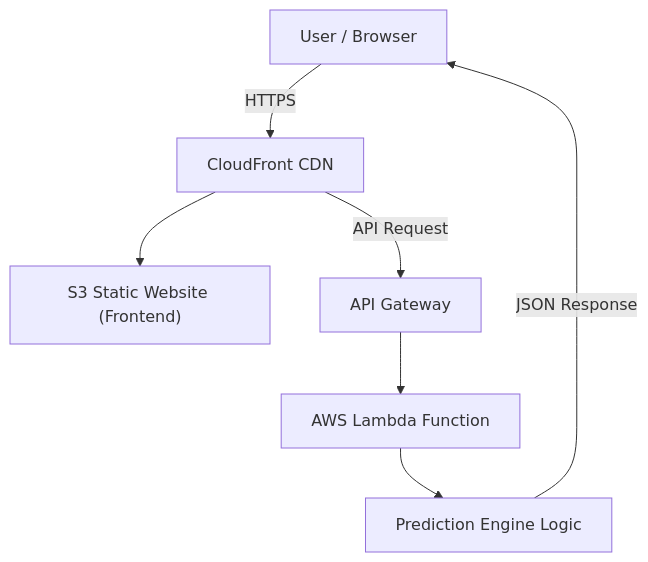
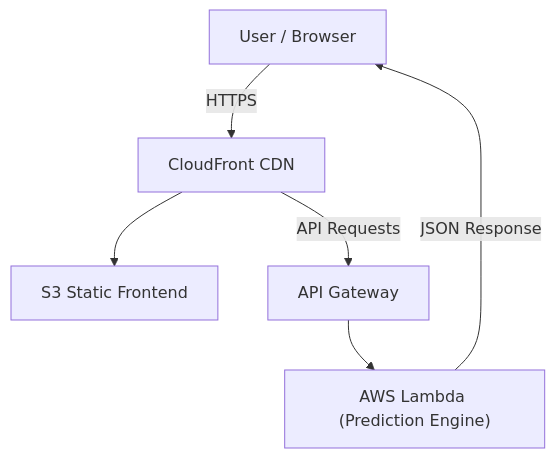
One commit to ashNikov/footyiq-saas changed the second of 3 diagrams in README.md. Above: the diagram before and after it, drawn with Mermaid. The commit also changed other lines of this file, not shown here.

Commit message:
docs: add security boundaries and trust zones diagram for FootyIQ

````diff
--- a/README.md
+++ b/README.md
@@ -71,9 +104,11 @@
 ```mermaid
 graph TD
-    A["User / Browser"] -->|HTTPS| B["CloudFront CDN"]
-    B --> C["S3 Static Website (Frontend)"]
-    B -->|API Request| D["API Gateway"]
-    D --> E["AWS Lambda Function"]
-    E --> F["Prediction Engine Logic"]
-    F -->|JSON Response| A
+    U["User / Browser"] -->|HTTPS| CF["CloudFront CDN"]
+
+    CF --> FE["S3 Static Frontend"]
+    CF -->|API Requests| AG["API Gateway"]
+
+    AG --> L["AWS Lambda (Prediction Engine)"]
+
+    L -->|JSON Response| U
 ```
````
